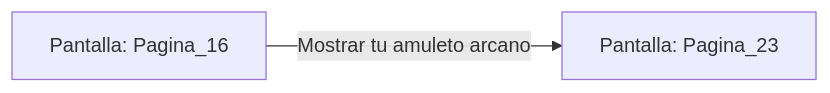
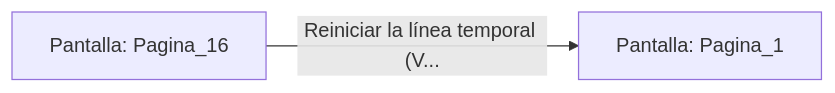
One commit to metsuke/mpl changed the diagram in sample/eligejuego-vault/Pantalla_Pagina_16.md. Above: the diagram before and after it, drawn with Mermaid. The commit also changed other lines of this file and 635 other files, not shown here.

First line of the commit message:
fix: añadir Pagina_1 como pantalla inicial en capitulo_01.mpl

````diff
--- a/sample/eligejuego-vault/Pantalla_Pagina_16.md
+++ b/sample/eligejuego-vault/Pantalla_Pagina_16.md
@@ -14,5 +17,5 @@
 ```mermaid
 graph LR
     P_Pagina_16["Pantalla: Pagina_16"]
-    P_Pagina_16 -->|"Mostrar tu amuleto arcano"| P_Pagina_23["Pantalla: Pagina_23"]
+    P_Pagina_16 -->|"Reiniciar la línea temporal (V..."| P_Pagina_1["Pantalla: Pagina_1"]
 ```
````
